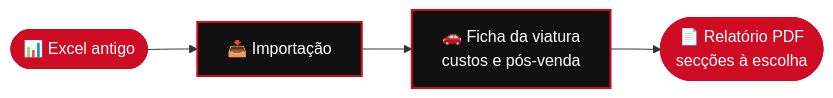
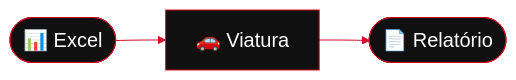
Before and after one commit to Francisss9/Portfolio: the second of 2 diagrams in README.md, drawn with Mermaid. The commit also changed other lines of this file, not shown here.

````diff
--- a/README.md
+++ b/README.md
@@ -144,11 +180,6 @@
 ```mermaid
+%%{init: {'theme':'base','themeVariables':{'fontSize':'20px','primaryColor':'#111011','primaryTextColor':'#ffffff','primaryBorderColor':'#ce0c24','lineColor':'#ce0c24'}}}%%
 flowchart LR
-    X(["📊 Excel antigo"]) --> I["📥 Importação"]
-    I --> F["🚗 Ficha da viatura<br/>custos e pós-venda"]
-    F --> R(["📄 Relatório PDF<br/>secções à escolha"])
-
-    classDef step fill:#111011,stroke:#ce0c24,color:#ffffff,stroke-width:2px
-    classDef edge fill:#ce0c24,stroke:#ce0c24,color:#ffffff
-    class I,F step
-    class X,R edge
+    X(["📊 Excel"]) --> F["🚗 Viatura"]
+    F --> R(["📄 Relatório"])
 ```
````
